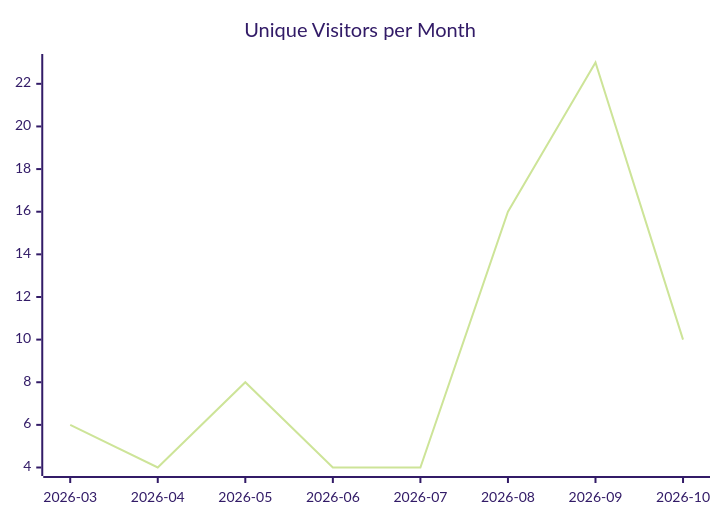
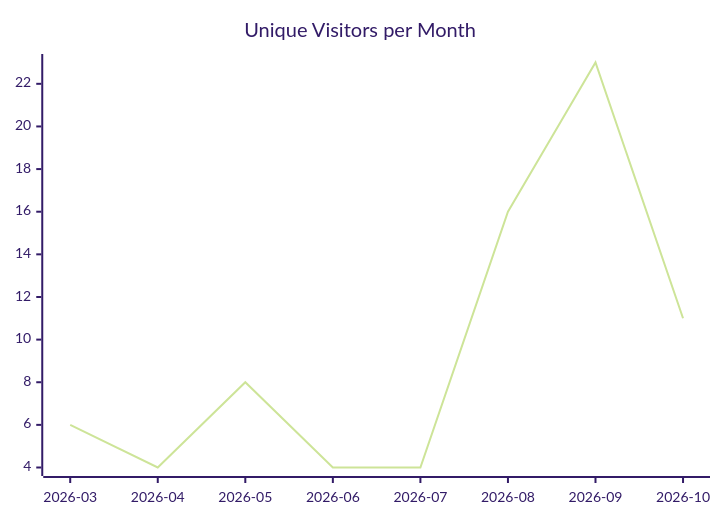
The first of 3 diagrams in karlmdavis/xmlpull/README.md (justdavis-family/github-analytics-data), drawn with Mermaid (forest theme) before and after one commit. The commit also changed other lines of this file and 197 other files, not shown here.

````diff
--- a/karlmdavis/xmlpull/README.md
+++ b/karlmdavis/xmlpull/README.md
@@ -5,6 +5,6 @@
 ```mermaid
 xychart-beta
   title "Unique Visitors per Month"
   x-axis ["2026-03", "2026-04", "2026-05", "2026-06", "2026-07", "2026-08", "2026-09", "2026-10"]
-  line [6, 4, 8, 4, 4, 16, 23, 10]
+  line [6, 4, 8, 4, 4, 16, 23, 11]
 ```
````
